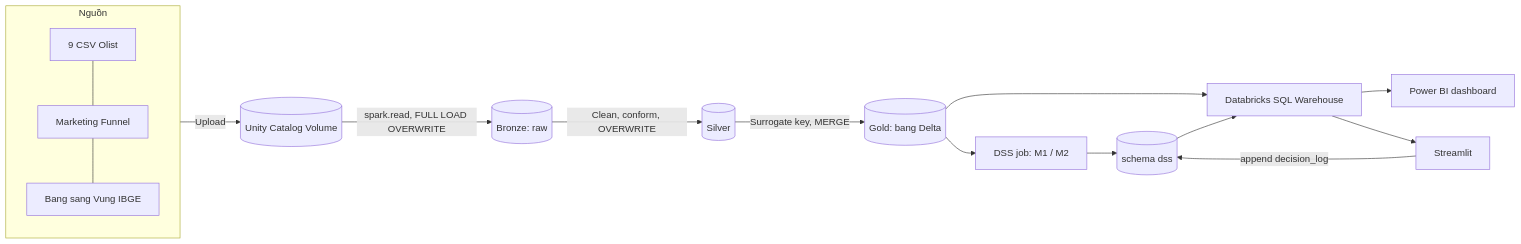
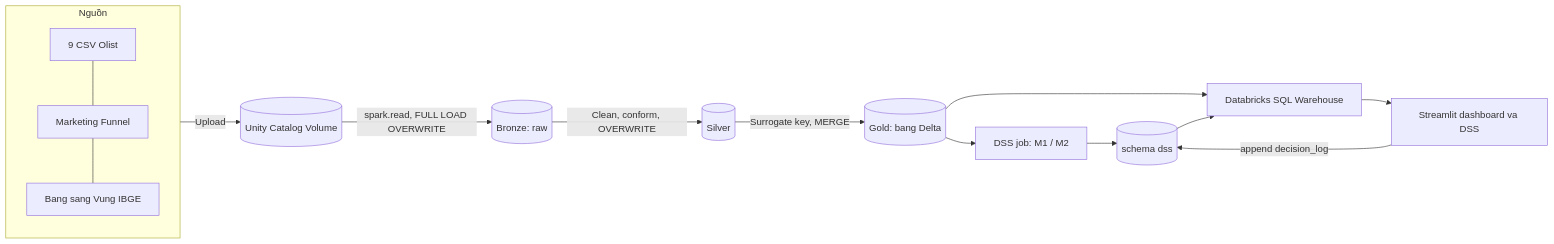
The first of 2 diagrams in docs/SPEC.md (toann1405/olist-dw-dss), drawn with Mermaid before and after one commit. The commit also changed other lines of this file and 9 other files, not shown here.

````diff
--- a/docs/SPEC.md
+++ b/docs/SPEC.md
@@ -153,17 +153,16 @@
 ```mermaid
 flowchart LR
   subgraph S[Nguồn]
     A1[9 CSV Olist] --- A2[Marketing Funnel] --- A3[Bang sang Vung IBGE]
   end
   S -->|Upload| V[(Unity Catalog Volume)]
   V -->|spark.read, FULL LOAD OVERWRITE| B[(Bronze: raw)]
   B -->|Clean, conform, OVERWRITE| SI[(Silver)]
   SI -->|Surrogate key, MERGE| G[(Gold: bang Delta)]
   G --> dssjob["DSS job: M1 / M2"]
   dssjob --> DL[(schema dss)]
   G --> WH[Databricks SQL Warehouse]
   DL --> WH
-  WH --> OL[Power BI dashboard]
-  WH --> ST[Streamlit]
+  WH --> ST[Streamlit dashboard va DSS]
   ST -->|append decision_log| DL
 ```
````
